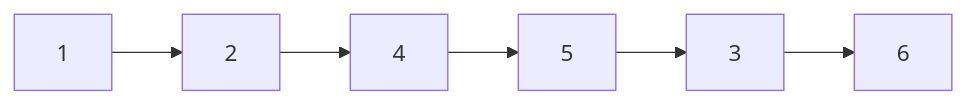
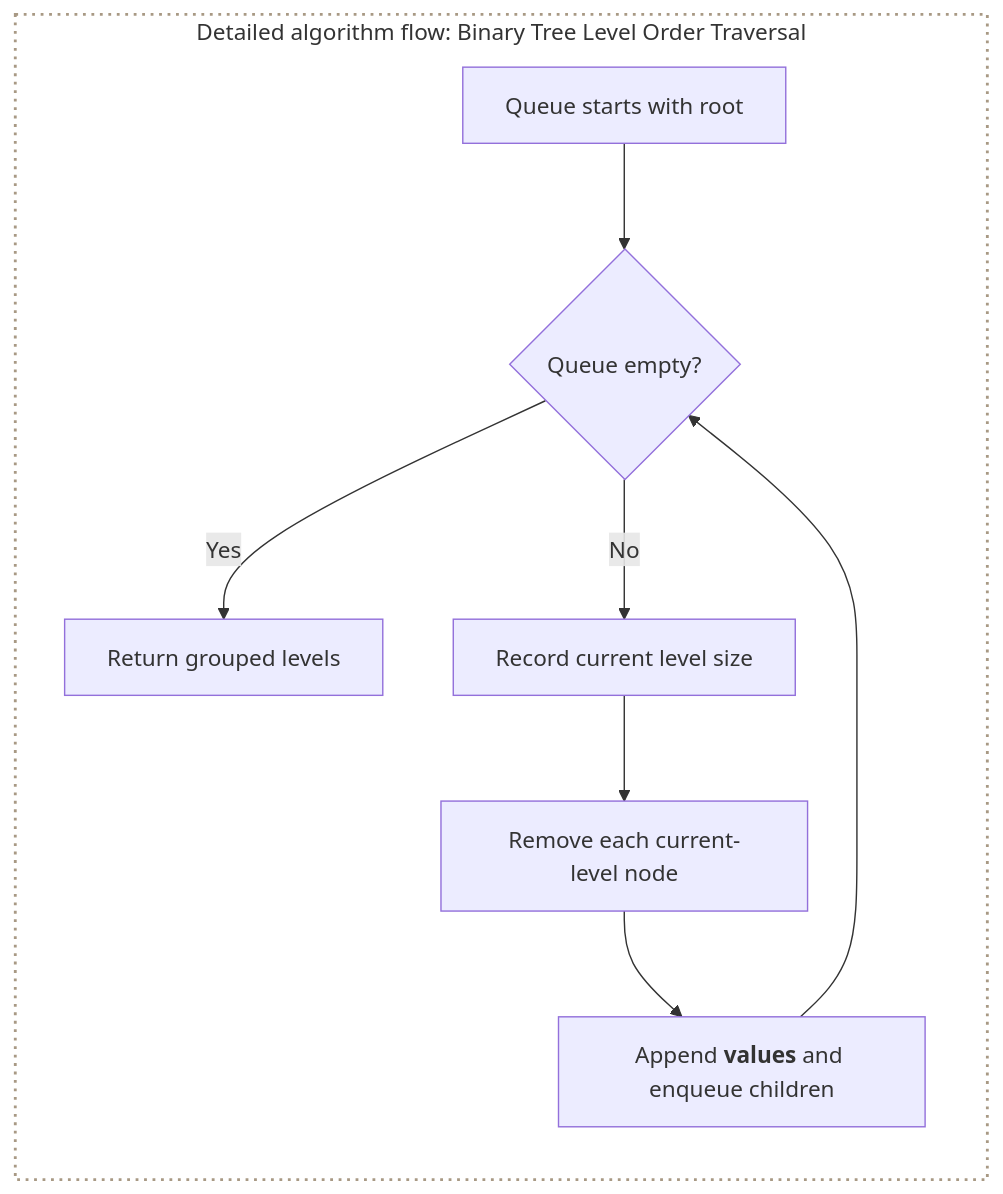
Diagram 13 of 19 in docs/datastructures/trees.md (9999dude/omega), drawn with Mermaid before and after one commit. The commit also changed other lines of this file and 58 other files, not shown here.

````diff
--- a/docs/datastructures/trees.md
+++ b/docs/datastructures/trees.md
@@ -454,8 +644,14 @@
 ```mermaid
-flowchart LR
-    A["1"] --> B["2"]
-    B --> C["4"]
-    C --> D["5"]
-    D --> E["3"]
-    E --> F["6"]
+flowchart TD
+    subgraph PROCESS["Detailed algorithm flow: Binary Tree Level Order Traversal"]
+        direction TD
+        A["Queue starts with root"] --> B{"Queue empty?"}
+        B -->|"Yes"| O["Return grouped levels"]
+        B -->|"No"| C["Record current level size"]
+        C --> D["Remove each current-level node"]
+        D --> E["Append <strong>values</strong> and enqueue children"]
+        E --> B
+    end
+
+    style PROCESS fill:transparent,stroke:#a89984,stroke-width:2px,stroke-dasharray:2 4
 ```
````
